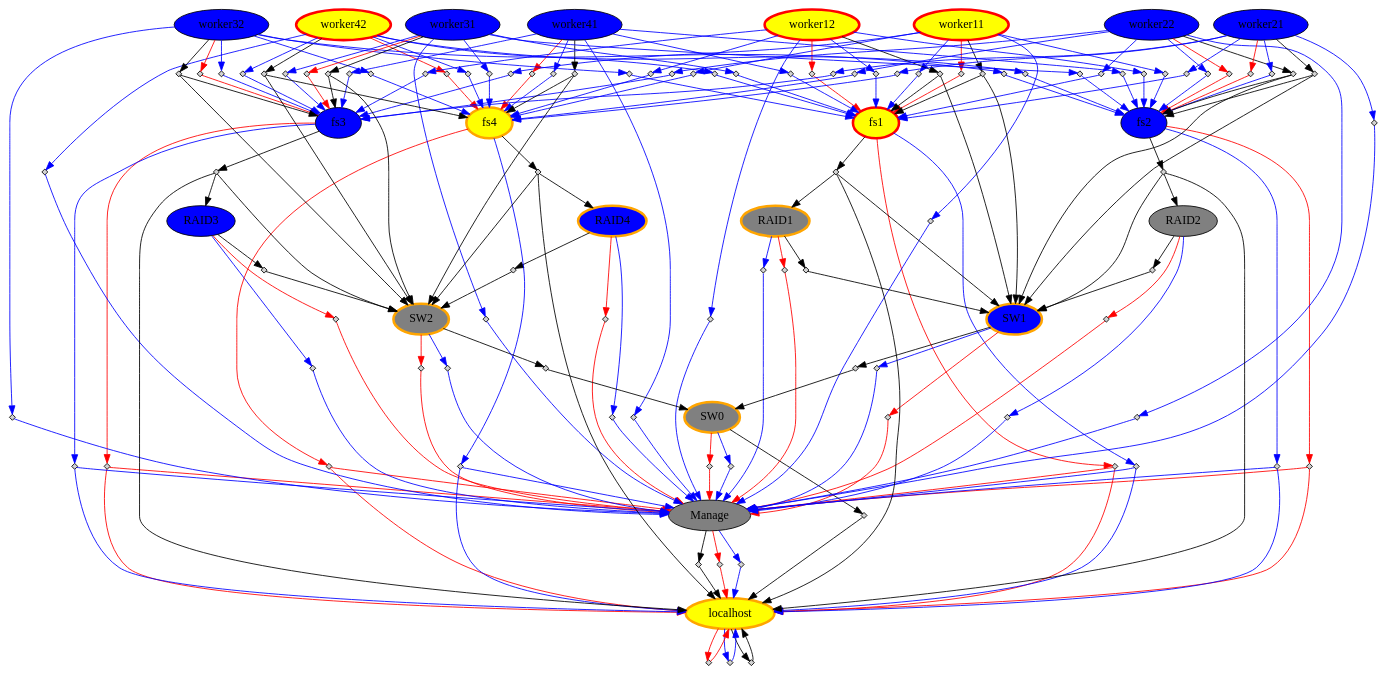
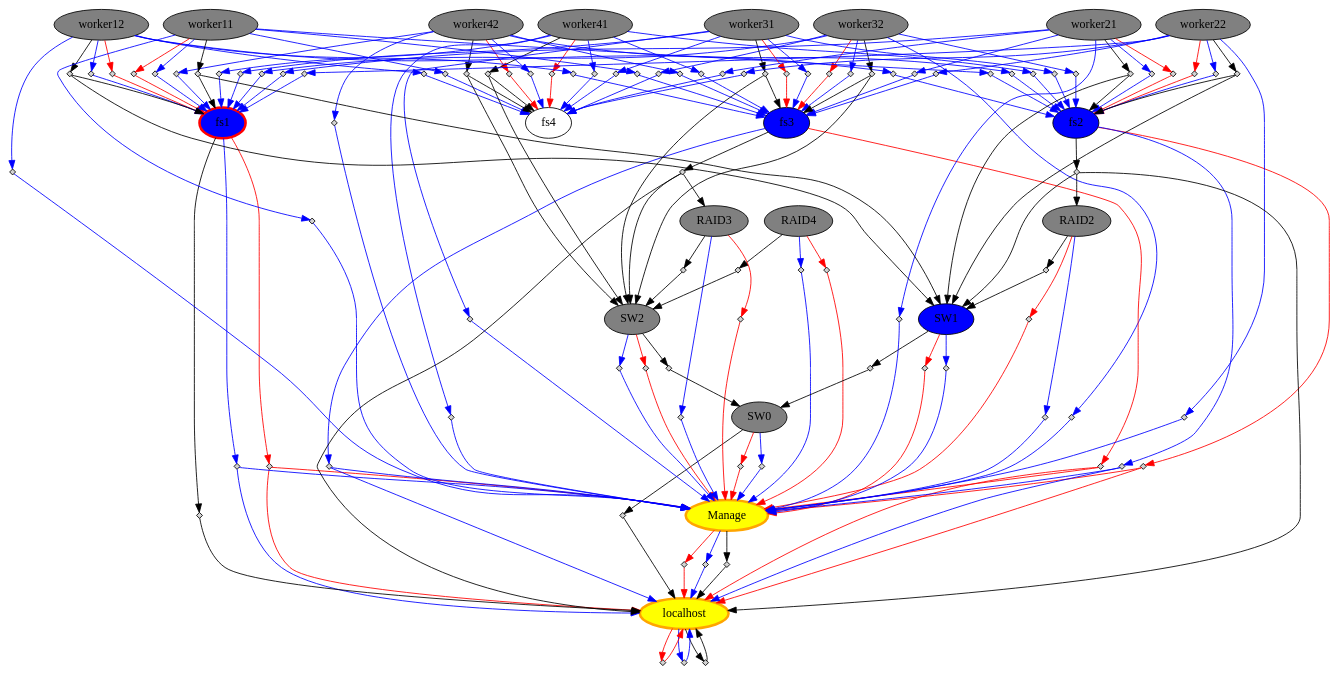
One commit to amgaa/ClusterNap changed the diagram in graphs/CN.dot. Above: the diagram before and after it, drawn with Graphviz. The commit also changed 9 other files, not shown here.

```diff
--- a/graphs/CN.dot
+++ b/graphs/CN.dot
@@ -1,28 +1,23 @@
 digraph CN { 
-"worker11" [style="filled"	 color=red, penwidth=3, fillcolor= yellow] ;
-"fs1" [style="filled"	 color=red, penwidth=3, fillcolor= yellow] ;
-"worker42" [style="filled"	 color=red, penwidth=3, fillcolor= yellow] ;
-"worker41" [style="filled"	 color=black, fillcolor= blue] ;
-"Manage" [style="filled"	 color=black, fillcolor= grey] ;
-"worker12" [style="filled"	 color=red, penwidth=3, fillcolor= yellow] ;
-"worker32" [style="filled"	 color=black, fillcolor= blue] ;
-"RAID4" [style="filled"	 color=orange, penwidth=3, fillcolor= blue] ;
+"fs1" [style="filled"	 color=red, penwidth=3, fillcolor= blue] ;
+"worker42" [style="filled"	 color=black, fillcolor= grey] ;
+"worker41" [style="filled"	 color=black, fillcolor= grey] ;
+"Manage" [style="filled"	 color=orange, penwidth=3, fillcolor= yellow] ;
+"worker12" [style="filled"	 color=black, fillcolor= grey] ;
+"worker32" [style="filled"	 color=black, fillcolor= grey] ;
+"RAID4" [style="filled"	 color=black, fillcolor= grey] ;
 "fs2" [style="filled"	 color=black, fillcolor= blue] ;
 "fs3" [style="filled"	 color=black, fillcolor= blue] ;
-"RAID1" [style="filled"	 color=orange, penwidth=3, fillcolor= grey] ;
-"worker22" [style="filled"	 color=black, fillcolor= blue] ;
-"RAID3" [style="filled"	 color=black, fillcolor= blue] ;
+"worker11" [style="filled"	 color=black, fillcolor= grey] ;
+"worker31" [style="filled"	 color=black, fillcolor= grey] ;
+"RAID3" [style="filled"	 color=black, fillcolor= grey] ;
 "RAID2" [style="filled"	 color=black, fillcolor= grey] ;
-"SW1" [style="filled"	 color=orange, penwidth=3, fillcolor= blue] ;
-"fs4" [style="filled"	 color=orange, penwidth=3, fillcolor= yellow] ;
+"SW1" [style="filled"	 color=black, fillcolor= blue] ;
+"SW0" [style="filled"	 color=black, fillcolor= grey] ;
+"SW2" [style="filled"	 color=black, fillcolor= grey] ;
+"worker21" [style="filled"	 color=black, fillcolor= grey] ;
+"worker22" [style="filled"	 color=black, fillcolor= grey] ;
 "localhost" [style="filled"	 color=orange, penwidth=3, fillcolor= yellow] ;
-"SW2" [style="filled"	 color=orange, penwidth=3, fillcolor= grey] ;
-"SW0" [style="filled"	 color=orange, penwidth=3, fillcolor= grey] ;
-"worker31" [style="filled"	 color=black, fillcolor= blue] ;
-"worker21" [style="filled"	 color=black, fillcolor= blue] ;
-"worker11" -> "OR:ON:worker110" [color=red];
-"OR:ON:worker110" [shape=diamond, style=filled, label="", height=.1, width=.1];
-   "OR:ON:worker110" -> "fs1" [color=red];
 "fs1" -> "OR:ON:fs10" [color=red];
 "OR:ON:fs10" [shape=diamond, style=filled, label="", height=.1, width=.1];
    "OR:ON:fs10" -> "localhost" [color=red];
@@ -53,12 +48,12 @@
 "OR:ON:fs30" [shape=diamond, style=filled, label="", height=.1, width=.1];
    "OR:ON:fs30" -> "localhost" [color=red];
 "OR:ON:fs30" -> "Manage" [color=red];
-"RAID1" -> "OR:ON:RAID10" [color=red];
-"OR:ON:RAID10" [shape=diamond, style=filled, label="", height=.1, width=.1];
-   "OR:ON:RAID10" -> "Manage" [color=red];
-"worker22" -> "OR:ON:worker220" [color=red];
-"OR:ON:worker220" [shape=diamond, style=filled, label="", height=.1, width=.1];
-   "OR:ON:worker220" -> "fs2" [color=red];
+"worker11" -> "OR:ON:worker110" [color=red];
+"OR:ON:worker110" [shape=diamond, style=filled, label="", height=.1, width=.1];
+   "OR:ON:worker110" -> "fs1" [color=red];
+"worker31" -> "OR:ON:worker310" [color=red];
+"OR:ON:worker310" [shape=diamond, style=filled, label="", height=.1, width=.1];
+   "OR:ON:worker310" -> "fs3" [color=red];
 "RAID3" -> "OR:ON:RAID30" [color=red];
 "OR:ON:RAID30" [shape=diamond, style=filled, label="", height=.1, width=.1];
    "OR:ON:RAID30" -> "Manage" [color=red];
@@ -68,40 +63,21 @@
 "SW1" -> "OR:ON:SW10" [color=red];
 "OR:ON:SW10" [shape=diamond, style=filled, label="", height=.1, width=.1];
    "OR:ON:SW10" -> "Manage" [color=red];
-"fs4" -> "OR:ON:fs40" [color=red];
-"OR:ON:fs40" [shape=diamond, style=filled, label="", height=.1, width=.1];
-   "OR:ON:fs40" -> "localhost" [color=red];
-"OR:ON:fs40" -> "Manage" [color=red];
+"SW0" -> "OR:ON:SW00" [color=red];
+"OR:ON:SW00" [shape=diamond, style=filled, label="", height=.1, width=.1];
+   "OR:ON:SW00" -> "Manage" [color=red];
+"SW2" -> "OR:ON:SW20" [color=red];
+"OR:ON:SW20" [shape=diamond, style=filled, label="", height=.1, width=.1];
+   "OR:ON:SW20" -> "Manage" [color=red];
+"worker21" -> "OR:ON:worker210" [color=red];
+"OR:ON:worker210" [shape=diamond, style=filled, label="", height=.1, width=.1];
+   "OR:ON:worker210" -> "fs2" [color=red];
+"worker22" -> "OR:ON:worker220" [color=red];
+"OR:ON:worker220" [shape=diamond, style=filled, label="", height=.1, width=.1];
+   "OR:ON:worker220" -> "fs2" [color=red];
 "localhost" -> "OR:ON:localhost0" [color=red];
 "OR:ON:localhost0" [shape=diamond, style=filled, label="", height=.1, width=.1];
    "OR:ON:localhost0" -> "localhost" [color=red];
-"SW2" -> "OR:ON:SW20" [color=red];
-"OR:ON:SW20" [shape=diamond, style=filled, label="", height=.1, width=.1];
-   "OR:ON:SW20" -> "Manage" [color=red];
-"SW0" -> "OR:ON:SW00" [color=red];
-"OR:ON:SW00" [shape=diamond, style=filled, label="", height=.1, width=.1];
-   "OR:ON:SW00" -> "Manage" [color=red];
-"worker31" -> "OR:ON:worker310" [color=red];
-"OR:ON:worker310" [shape=diamond, style=filled, label="", height=.1, width=.1];
-   "OR:ON:worker310" -> "fs3" [color=red];
-"worker21" -> "OR:ON:worker210" [color=red];
-"OR:ON:worker210" [shape=diamond, style=filled, label="", height=.1, width=.1];
-   "OR:ON:worker210" -> "fs2" [color=red];
-"worker11" -> "OR:OFF:worker110" [color=blue];
-"OR:OFF:worker110" [shape=diamond, style=filled, label="", height=.1, width=.1];
-   "OR:OFF:worker110" -> "fs1" [color=blue] ;
-"worker11" -> "OR:OFF:worker111" [color=blue];
-"OR:OFF:worker111" [shape=diamond, style=filled, label="", height=.1, width=.1];
-   "OR:OFF:worker111" -> "fs2" [color=blue] ;
-"worker11" -> "OR:OFF:worker112" [color=blue];
-"OR:OFF:worker112" [shape=diamond, style=filled, label="", height=.1, width=.1];
-   "OR:OFF:worker112" -> "fs3" [color=blue] ;
-"worker11" -> "OR:OFF:worker113" [color=blue];
-"OR:OFF:worker113" [shape=diamond, style=filled, label="", height=.1, width=.1];
-   "OR:OFF:worker113" -> "fs4" [color=blue] ;
-"worker11" -> "OR:OFF:worker114" [color=blue];
-"OR:OFF:worker114" [shape=diamond, style=filled, label="", height=.1, width=.1];
-   "OR:OFF:worker114" -> "Manage" [color=blue] ;
 "fs1" -> "OR:OFF:fs10" [color=blue];
 "OR:OFF:fs10" [shape=diamond, style=filled, label="", height=.1, width=.1];
    "OR:OFF:fs10" -> "localhost" [color=blue] ;
@@ -180,9 +156,66 @@
 "OR:OFF:fs30" [shape=diamond, style=filled, label="", height=.1, width=.1];
    "OR:OFF:fs30" -> "localhost" [color=blue] ;
 "OR:OFF:fs30" -> "Manage" [color=blue] ;
-"RAID1" -> "OR:OFF:RAID10" [color=blue];
-"OR:OFF:RAID10" [shape=diamond, style=filled, label="", height=.1, width=.1];
-   "OR:OFF:RAID10" -> "Manage" [color=blue] ;
+"worker11" -> "OR:OFF:worker110" [color=blue];
+"OR:OFF:worker110" [shape=diamond, style=filled, label="", height=.1, width=.1];
+   "OR:OFF:worker110" -> "fs1" [color=blue] ;
+"worker11" -> "OR:OFF:worker111" [color=blue];
+"OR:OFF:worker111" [shape=diamond, style=filled, label="", height=.1, width=.1];
+   "OR:OFF:worker111" -> "fs2" [color=blue] ;
+"worker11" -> "OR:OFF:worker112" [color=blue];
+"OR:OFF:worker112" [shape=diamond, style=filled, label="", height=.1, width=.1];
+   "OR:OFF:worker112" -> "fs3" [color=blue] ;
+"worker11" -> "OR:OFF:worker113" [color=blue];
+"OR:OFF:worker113" [shape=diamond, style=filled, label="", height=.1, width=.1];
+   "OR:OFF:worker113" -> "fs4" [color=blue] ;
+"worker11" -> "OR:OFF:worker114" [color=blue];
+"OR:OFF:worker114" [shape=diamond, style=filled, label="", height=.1, width=.1];
+   "OR:OFF:worker114" -> "Manage" [color=blue] ;
+"worker31" -> "OR:OFF:worker310" [color=blue];
+"OR:OFF:worker310" [shape=diamond, style=filled, label="", height=.1, width=.1];
+   "OR:OFF:worker310" -> "fs1" [color=blue] ;
+"worker31" -> "OR:OFF:worker311" [color=blue];
+"OR:OFF:worker311" [shape=diamond, style=filled, label="", height=.1, width=.1];
+   "OR:OFF:worker311" -> "fs2" [color=blue] ;
+"worker31" -> "OR:OFF:worker312" [color=blue];
+"OR:OFF:worker312" [shape=diamond, style=filled, label="", height=.1, width=.1];
+   "OR:OFF:worker312" -> "fs3" [color=blue] ;
+"worker31" -> "OR:OFF:worker313" [color=blue];
+"OR:OFF:worker313" [shape=diamond, style=filled, label="", height=.1, width=.1];
+   "OR:OFF:worker313" -> "fs4" [color=blue] ;
+"worker31" -> "OR:OFF:worker314" [color=blue];
+"OR:OFF:worker314" [shape=diamond, style=filled, label="", height=.1, width=.1];
+   "OR:OFF:worker314" -> "Manage" [color=blue] ;
+"RAID3" -> "OR:OFF:RAID30" [color=blue];
+"OR:OFF:RAID30" [shape=diamond, style=filled, label="", height=.1, width=.1];
+   "OR:OFF:RAID30" -> "Manage" [color=blue] ;
+"RAID2" -> "OR:OFF:RAID20" [color=blue];
+"OR:OFF:RAID20" [shape=diamond, style=filled, label="", height=.1, width=.1];
+   "OR:OFF:RAID20" -> "Manage" [color=blue] ;
+"SW1" -> "OR:OFF:SW10" [color=blue];
+"OR:OFF:SW10" [shape=diamond, style=filled, label="", height=.1, width=.1];
+   "OR:OFF:SW10" -> "Manage" [color=blue] ;
+"SW0" -> "OR:OFF:SW00" [color=blue];
+"OR:OFF:SW00" [shape=diamond, style=filled, label="", height=.1, width=.1];
+   "OR:OFF:SW00" -> "Manage" [color=blue] ;
+"SW2" -> "OR:OFF:SW20" [color=blue];
+"OR:OFF:SW20" [shape=diamond, style=filled, label="", height=.1, width=.1];
+   "OR:OFF:SW20" -> "Manage" [color=blue] ;
+"worker21" -> "OR:OFF:worker210" [color=blue];
+"OR:OFF:worker210" [shape=diamond, style=filled, label="", height=.1, width=.1];
+   "OR:OFF:worker210" -> "fs1" [color=blue] ;
+"worker21" -> "OR:OFF:worker211" [color=blue];
+"OR:OFF:worker211" [shape=diamond, style=filled, label="", height=.1, width=.1];
+   "OR:OFF:worker211" -> "fs2" [color=blue] ;
+"worker21" -> "OR:OFF:worker212" [color=blue];
+"OR:OFF:worker212" [shape=diamond, style=filled, label="", height=.1, width=.1];
+   "OR:OFF:worker212" -> "fs3" [color=blue] ;
+"worker21" -> "OR:OFF:worker213" [color=blue];
+"OR:OFF:worker213" [shape=diamond, style=filled, label="", height=.1, width=.1];
+   "OR:OFF:worker213" -> "fs4" [color=blue] ;
+"worker21" -> "OR:OFF:worker214" [color=blue];
+"OR:OFF:worker214" [shape=diamond, style=filled, label="", height=.1, width=.1];
+   "OR:OFF:worker214" -> "Manage" [color=blue] ;
 "worker22" -> "OR:OFF:worker220" [color=blue];
 "OR:OFF:worker220" [shape=diamond, style=filled, label="", height=.1, width=.1];
    "OR:OFF:worker220" -> "fs1" [color=blue] ;
@@ -198,67 +231,12 @@
 "worker22" -> "OR:OFF:worker224" [color=blue];
 "OR:OFF:worker224" [shape=diamond, style=filled, label="", height=.1, width=.1];
    "OR:OFF:worker224" -> "Manage" [color=blue] ;
-"RAID3" -> "OR:OFF:RAID30" [color=blue];
-"OR:OFF:RAID30" [shape=diamond, style=filled, label="", height=.1, width=.1];
-   "OR:OFF:RAID30" -> "Manage" [color=blue] ;
-"RAID2" -> "OR:OFF:RAID20" [color=blue];
-"OR:OFF:RAID20" [shape=diamond, style=filled, label="", height=.1, width=.1];
-   "OR:OFF:RAID20" -> "Manage" [color=blue] ;
-"SW1" -> "OR:OFF:SW10" [color=blue];
-"OR:OFF:SW10" [shape=diamond, style=filled, label="", height=.1, width=.1];
-   "OR:OFF:SW10" -> "Manage" [color=blue] ;
-"fs4" -> "OR:OFF:fs40" [color=blue];
-"OR:OFF:fs40" [shape=diamond, style=filled, label="", height=.1, width=.1];
-   "OR:OFF:fs40" -> "localhost" [color=blue] ;
-"OR:OFF:fs40" -> "Manage" [color=blue] ;
 "localhost" -> "OR:OFF:localhost0" [color=blue];
 "OR:OFF:localhost0" [shape=diamond, style=filled, label="", height=.1, width=.1];
    "OR:OFF:localhost0" -> "localhost" [color=blue] ;
-"SW2" -> "OR:OFF:SW20" [color=blue];
-"OR:OFF:SW20" [shape=diamond, style=filled, label="", height=.1, width=.1];
-   "OR:OFF:SW20" -> "Manage" [color=blue] ;
-"SW0" -> "OR:OFF:SW00" [color=blue];
-"OR:OFF:SW00" [shape=diamond, style=filled, label="", height=.1, width=.1];
-   "OR:OFF:SW00" -> "Manage" [color=blue] ;
-"worker31" -> "OR:OFF:worker310" [color=blue];
-"OR:OFF:worker310" [shape=diamond, style=filled, label="", height=.1, width=.1];
-   "OR:OFF:worker310" -> "fs1" [color=blue] ;
-"worker31" -> "OR:OFF:worker311" [color=blue];
-"OR:OFF:worker311" [shape=diamond, style=filled, label="", height=.1, width=.1];
-   "OR:OFF:worker311" -> "fs2" [color=blue] ;
-"worker31" -> "OR:OFF:worker312" [color=blue];
-"OR:OFF:worker312" [shape=diamond, style=filled, label="", height=.1, width=.1];
-   "OR:OFF:worker312" -> "fs3" [color=blue] ;
-"worker31" -> "OR:OFF:worker313" [color=blue];
-"OR:OFF:worker313" [shape=diamond, style=filled, label="", height=.1, width=.1];
-   "OR:OFF:worker313" -> "fs4" [color=blue] ;
-"worker31" -> "OR:OFF:worker314" [color=blue];
-"OR:OFF:worker314" [shape=diamond, style=filled, label="", height=.1, width=.1];
-   "OR:OFF:worker314" -> "Manage" [color=blue] ;
-"worker21" -> "OR:OFF:worker210" [color=blue];
-"OR:OFF:worker210" [shape=diamond, style=filled, label="", height=.1, width=.1];
-   "OR:OFF:worker210" -> "fs1" [color=blue] ;
-"worker21" -> "OR:OFF:worker211" [color=blue];
-"OR:OFF:worker211" [shape=diamond, style=filled, label="", height=.1, width=.1];
-   "OR:OFF:worker211" -> "fs2" [color=blue] ;
-"worker21" -> "OR:OFF:worker212" [color=blue];
-"OR:OFF:worker212" [shape=diamond, style=filled, label="", height=.1, width=.1];
-   "OR:OFF:worker212" -> "fs3" [color=blue] ;
-"worker21" -> "OR:OFF:worker213" [color=blue];
-"OR:OFF:worker213" [shape=diamond, style=filled, label="", height=.1, width=.1];
-   "OR:OFF:worker213" -> "fs4" [color=blue] ;
-"worker21" -> "OR:OFF:worker214" [color=blue];
-"OR:OFF:worker214" [shape=diamond, style=filled, label="", height=.1, width=.1];
-   "OR:OFF:worker214" -> "Manage" [color=blue] ;
-"worker11" -> "OR:RUN:worker110";
-"OR:RUN:worker110" [shape=diamond, style=filled, label="", height=.1, width=.1];
-   "OR:RUN:worker110" -> "fs1";
-"OR:RUN:worker110" -> "SW1";
 "fs1" -> "OR:RUN:fs10";
 "OR:RUN:fs10" [shape=diamond, style=filled, label="", height=.1, width=.1];
    "OR:RUN:fs10" -> "localhost";
-"OR:RUN:fs10" -> "RAID1";
-"OR:RUN:fs10" -> "SW1";
 "worker42" -> "OR:RUN:worker420";
 "OR:RUN:worker420" [shape=diamond, style=filled, label="", height=.1, width=.1];
    "OR:RUN:worker420" -> "fs4";
@@ -291,13 +269,14 @@
    "OR:RUN:fs30" -> "localhost";
 "OR:RUN:fs30" -> "RAID3";
 "OR:RUN:fs30" -> "SW2";
-"RAID1" -> "OR:RUN:RAID10";
-"OR:RUN:RAID10" [shape=diamond, style=filled, label="", height=.1, width=.1];
-   "OR:RUN:RAID10" -> "SW1";
-"worker22" -> "OR:RUN:worker220";
-"OR:RUN:worker220" [shape=diamond, style=filled, label="", height=.1, width=.1];
-   "OR:RUN:worker220" -> "fs2";
-"OR:RUN:worker220" -> "SW1";
+"worker11" -> "OR:RUN:worker110";
+"OR:RUN:worker110" [shape=diamond, style=filled, label="", height=.1, width=.1];
+   "OR:RUN:worker110" -> "fs1";
+"OR:RUN:worker110" -> "SW1";
+"worker31" -> "OR:RUN:worker310";
+"OR:RUN:worker310" [shape=diamond, style=filled, label="", height=.1, width=.1];
+   "OR:RUN:worker310" -> "fs3";
+"OR:RUN:worker310" -> "SW2";
 "RAID3" -> "OR:RUN:RAID30";
 "OR:RUN:RAID30" [shape=diamond, style=filled, label="", height=.1, width=.1];
    "OR:RUN:RAID30" -> "SW2";
@@ -307,26 +286,21 @@
 "SW1" -> "OR:RUN:SW10";
 "OR:RUN:SW10" [shape=diamond, style=filled, label="", height=.1, width=.1];
    "OR:RUN:SW10" -> "SW0";
-"fs4" -> "OR:RUN:fs40";
-"OR:RUN:fs40" [shape=diamond, style=filled, label="", height=.1, width=.1];
-   "OR:RUN:fs40" -> "localhost";
-"OR:RUN:fs40" -> "RAID4";
-"OR:RUN:fs40" -> "SW2";
-"localhost" -> "OR:RUN:localhost0";
-"OR:RUN:localhost0" [shape=diamond, style=filled, label="", height=.1, width=.1];
-   "OR:RUN:localhost0" -> "localhost";
+"SW0" -> "OR:RUN:SW00";
+"OR:RUN:SW00" [shape=diamond, style=filled, label="", height=.1, width=.1];
+   "OR:RUN:SW00" -> "localhost";
 "SW2" -> "OR:RUN:SW20";
 "OR:RUN:SW20" [shape=diamond, style=filled, label="", height=.1, width=.1];
    "OR:RUN:SW20" -> "SW0";
-"SW0" -> "OR:RUN:SW00";
-"OR:RUN:SW00" [shape=diamond, style=filled, label="", height=.1, width=.1];
-   "OR:RUN:SW00" -> "localhost";
-"worker31" -> "OR:RUN:worker310";
-"OR:RUN:worker310" [shape=diamond, style=filled, label="", height=.1, width=.1];
-   "OR:RUN:worker310" -> "fs3";
-"OR:RUN:worker310" -> "SW2";
 "worker21" -> "OR:RUN:worker210";
 "OR:RUN:worker210" [shape=diamond, style=filled, label="", height=.1, width=.1];
    "OR:RUN:worker210" -> "fs2";
 "OR:RUN:worker210" -> "SW1";
+"worker22" -> "OR:RUN:worker220";
+"OR:RUN:worker220" [shape=diamond, style=filled, label="", height=.1, width=.1];
+   "OR:RUN:worker220" -> "fs2";
+"OR:RUN:worker220" -> "SW1";
+"localhost" -> "OR:RUN:localhost0";
+"OR:RUN:localhost0" [shape=diamond, style=filled, label="", height=.1, width=.1];
+   "OR:RUN:localhost0" -> "localhost";
 }
```
